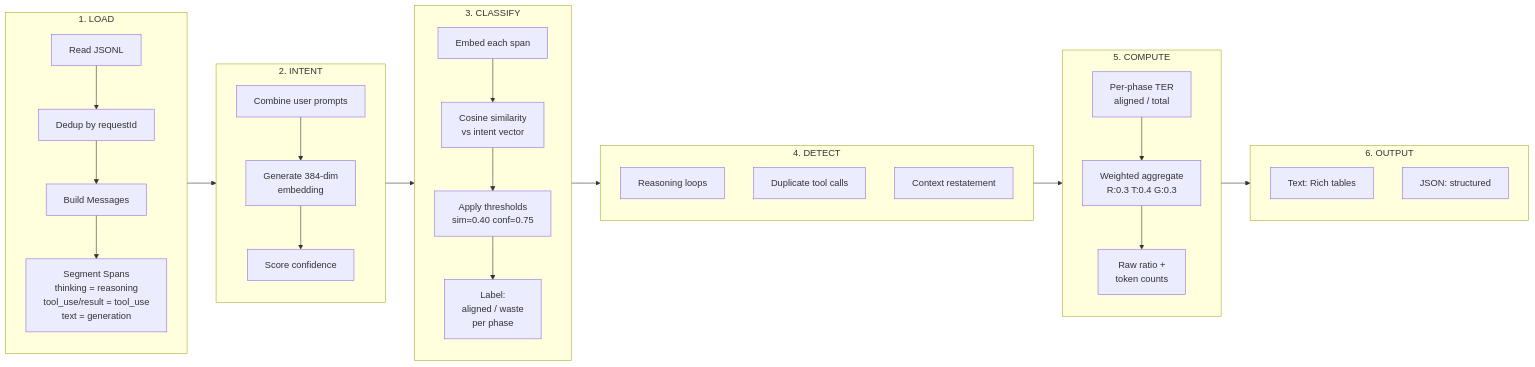
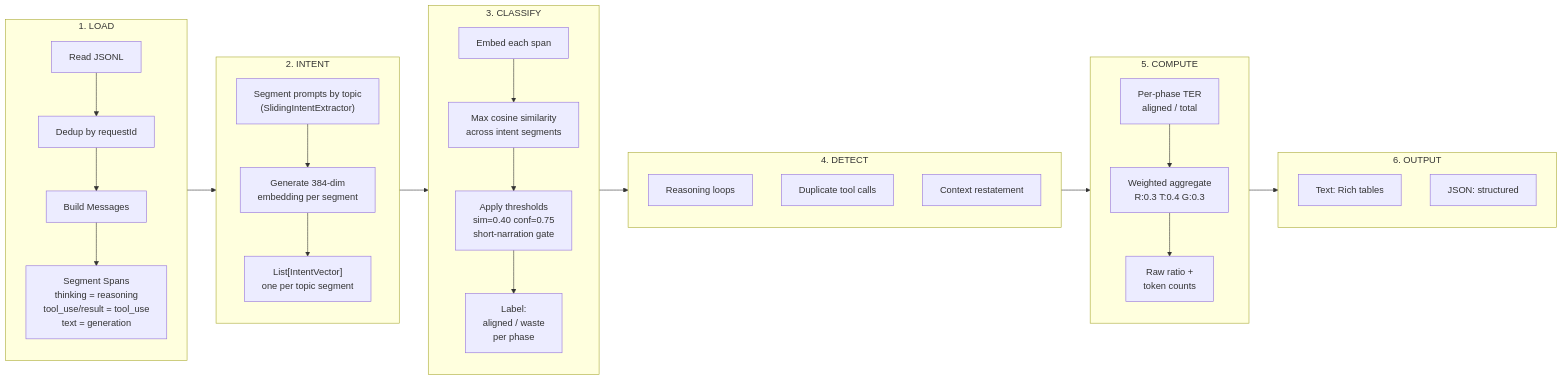
The second of 5 diagrams in docs/architecture.md (lgriffin/TER), drawn with Mermaid before and after one commit. The commit also changed other lines of this file and 12 other files, not shown here.

````diff
--- a/docs/architecture.md
+++ b/docs/architecture.md
@@ -204,37 +226,37 @@
 ```mermaid
 flowchart LR
     subgraph S1["1. LOAD"]
         A1["Read JSONL"] --> A2["Dedup by requestId"]
         A2 --> A3["Build Messages"]
         A3 --> A4["Segment Spans<br/>thinking = reasoning<br/>tool_use/result = tool_use<br/>text = generation"]
     end
 
     subgraph S2["2. INTENT"]
-        B1["Combine user prompts"] --> B2["Generate 384-dim<br/>embedding"]
-        B2 --> B3["Score confidence"]
+        B1["Segment prompts by topic<br/>(SlidingIntentExtractor)"] --> B2["Generate 384-dim<br/>embedding per segment"]
+        B2 --> B3["List[IntentVector]<br/>one per topic segment"]
     end
 
     subgraph S3["3. CLASSIFY"]
-        C1["Embed each span"] --> C2["Cosine similarity<br/>vs intent vector"]
-        C2 --> C3["Apply thresholds<br/>sim=0.40 conf=0.75"]
+        C1["Embed each span"] --> C2["Max cosine similarity<br/>across intent segments"]
+        C2 --> C3["Apply thresholds<br/>sim=0.40 conf=0.75<br/>short-narration gate"]
         C3 --> C4["Label:<br/>aligned / waste<br/>per phase"]
     end
 
     subgraph S4["4. DETECT"]
         D1["Reasoning loops"]
         D2["Duplicate tool calls"]
         D3["Context restatement"]
     end
 
     subgraph S5["5. COMPUTE"]
         E1["Per-phase TER<br/>aligned / total"] --> E2["Weighted aggregate<br/>R:0.3  T:0.4  G:0.3"]
         E2 --> E3["Raw ratio +<br/>token counts"]
     end
 
     subgraph S6["6. OUTPUT"]
         F1["Text: Rich tables"]
         F2["JSON: structured"]
     end
 
     S1 --> S2 --> S3 --> S4 --> S5 --> S6
 ```
````
